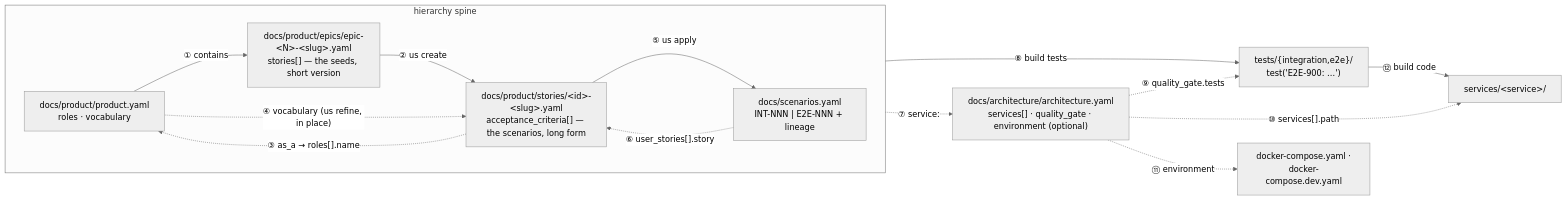
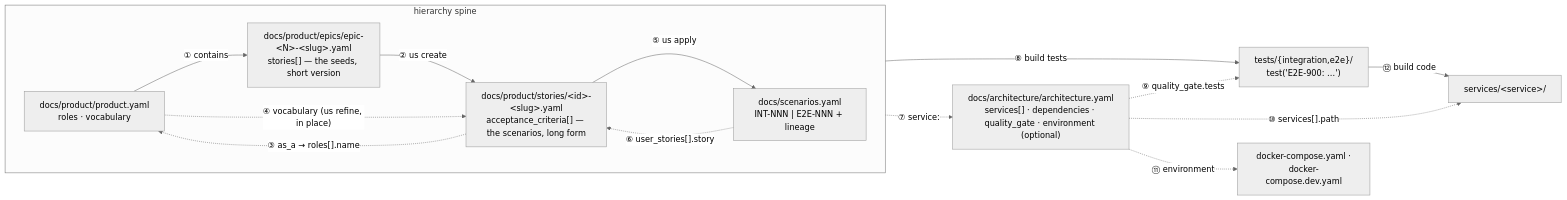
The diagram in docs/doc-universe.md (ondatra-ai/true-bdd), drawn with Mermaid (neutral theme) before and after one commit. The commit also changed other lines of this file and 545 other files, not shown here.

````diff
--- a/docs/doc-universe.md
+++ b/docs/doc-universe.md
@@ -72,29 +80,29 @@
 ```mermaid
 flowchart LR
   subgraph spine["hierarchy spine"]
     direction LR
     PRODUCT["docs/product/product.yaml<br/>roles · vocabulary"]
     EPIC["docs/product/epics/epic-&lt;N&gt;-&lt;slug&gt;.yaml<br/>stories[] — the seeds, short version"]
     STORY["docs/product/stories/&lt;id&gt;-&lt;slug&gt;.yaml<br/>acceptance_criteria[] — the scenarios, long form"]
     REG["docs/scenarios.yaml<br/>INT-NNN | E2E-NNN + lineage"]
     PRODUCT -- "① contains" --> EPIC
     EPIC -- "② us create" --> STORY
     STORY -- "⑤ us apply" --> REG
   end
 
   STORY -. "③ as_a → roles[].name" .-> PRODUCT
   PRODUCT -. "④ vocabulary (us refine, in place)" .-> STORY
   REG -. "⑥ user_stories[].story" .-> STORY
 
-  ARCH["docs/architecture/architecture.yaml<br/>services[] · quality_gate · environment (optional)"]
+  ARCH["docs/architecture/architecture.yaml<br/>services[] · dependencies · quality_gate · environment (optional)"]
   TESTS["tests/{integration,e2e}/<br/>test('E2E-900: …')"]
   SRC["services/&lt;service&gt;/"]
   COMPOSE["docker-compose.yaml ·<br/>docker-compose.dev.yaml"]
 
   REG -- "⑧ build tests" --> TESTS
   TESTS -- "⑫ build code" --> SRC
   REG -. "⑦ service:" .-> ARCH
   ARCH -. "⑨ quality_gate.tests" .-> TESTS
   ARCH -. "⑩ services[].path" .-> SRC
   ARCH -. "⑪ environment" .-> COMPOSE
 ```
````
